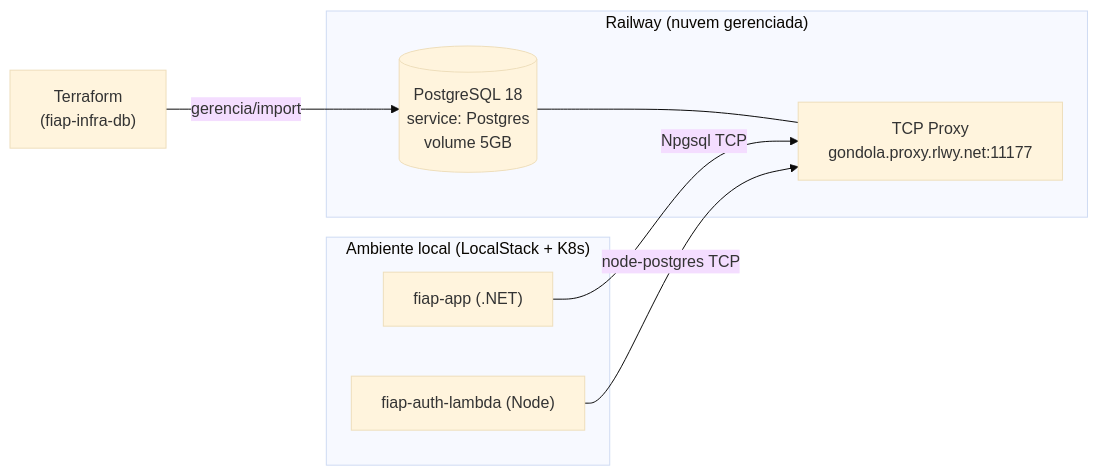
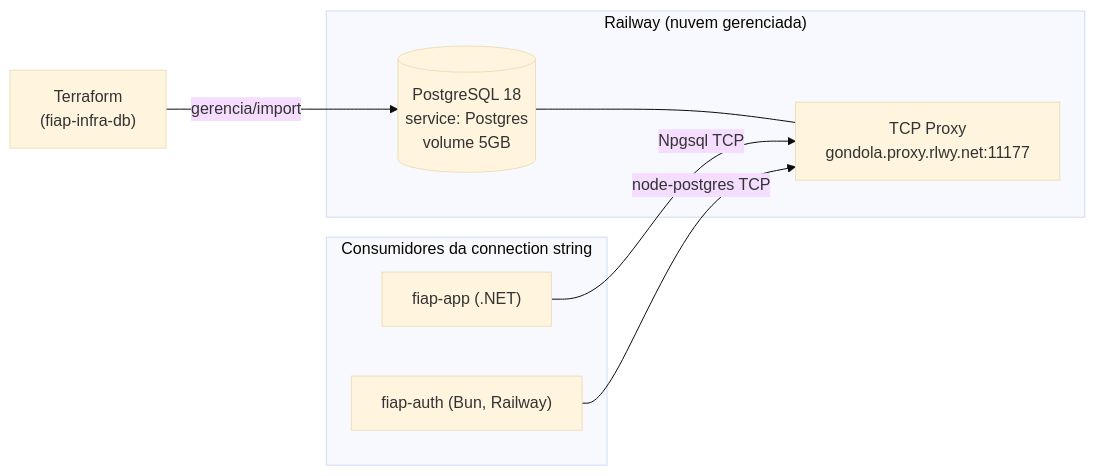
Before and after one commit to MathboyL3/fiap-infra-db: the diagram in README.md, drawn with Mermaid (base theme). The commit also changed other lines of this file and 4 other files, not shown here.

First line of the commit message:
docs: remove LocalStack; alinha consumidores do banco (auth Bun/Railway + app K8s) (#4)

````diff
--- a/README.md
+++ b/README.md
@@ -30,15 +30,15 @@
 ```mermaid
 flowchart LR
   subgraph Railway["Railway (nuvem gerenciada)"]
     PG[("PostgreSQL 18\nservice: Postgres\nvolume 5GB")]
     PROXY["TCP Proxy\ngondola.proxy.rlwy.net:11177"]
     PG --- PROXY
   end
-  subgraph Local["Ambiente local (LocalStack + K8s)"]
+  subgraph Consumers["Consumidores da connection string"]
     APP["fiap-app (.NET)"]
-    LAMBDA["fiap-auth-lambda (Node)"]
+    AUTH["fiap-auth (Bun, Railway)"]
   end
   TF["Terraform\n(fiap-infra-db)"] -->|gerencia/import| PG
   APP -->|Npgsql TCP| PROXY
-  LAMBDA -->|node-postgres TCP| PROXY
+  AUTH -->|node-postgres TCP| PROXY
 ```
````
